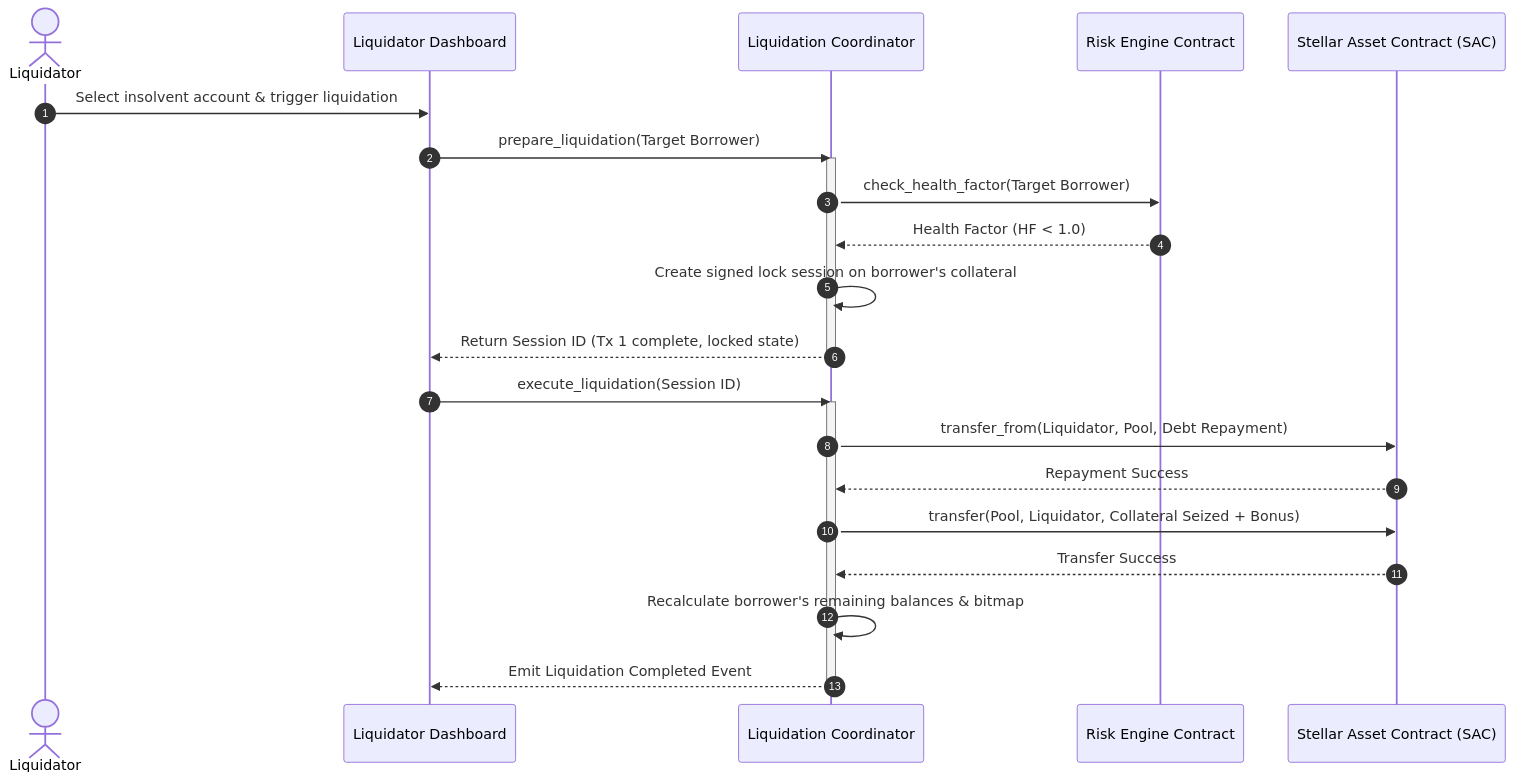
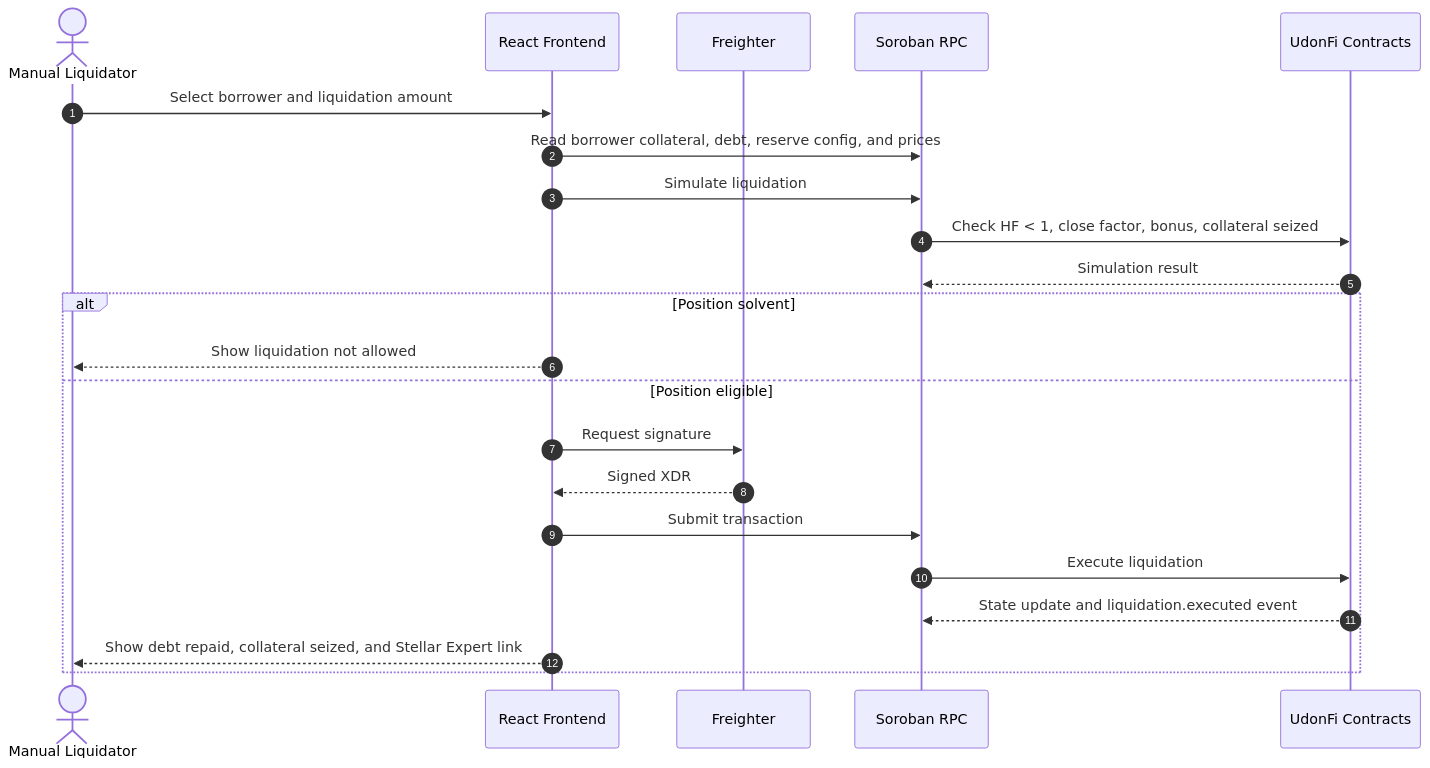
The fifth of 5 diagrams in docs/04-business-flows.md (TheAnh1404/UdonFi), drawn with Mermaid before and after one commit. The commit also changed other lines of this file and 191 other files, not shown here.

````diff
--- a/docs/04-business-flows.md
+++ b/docs/04-business-flows.md
@@ -153,28 +111,25 @@
 ```mermaid
 sequenceDiagram
     autonumber
-    actor Liq as Liquidator
-    participant UI as Liquidator Dashboard
-    participant Contracts as Liquidation Coordinator
-    participant Risk as Risk Engine Contract
-    participant Token as Stellar Asset Contract (SAC)
-    
-    Liq->>UI: Select insolvent account & trigger liquidation
-    UI->>Contracts: prepare_liquidation(Target Borrower)
-    activate Contracts
-    Contracts->>Risk: check_health_factor(Target Borrower)
-    Risk-->>Contracts: Health Factor (HF < 1.0)
-    Contracts->>Contracts: Create signed lock session on borrower's collateral
-    Contracts-->>UI: Return Session ID (Tx 1 complete, locked state)
-    deactivate Contracts
-    
-    UI->>Contracts: execute_liquidation(Session ID)
-    activate Contracts
-    Contracts->>Token: transfer_from(Liquidator, Pool, Debt Repayment)
-    Token-->>Contracts: Repayment Success
-    Contracts->>Token: transfer(Pool, Liquidator, Collateral Seized + Bonus)
-    Token-->>Contracts: Transfer Success
-    Contracts->>Contracts: Recalculate borrower's remaining balances & bitmap
-    Contracts-->>UI: Emit Liquidation Completed Event
-    deactivate Contracts
+    actor Liq as Manual Liquidator
+    participant UI as React Frontend
+    participant Wallet as Freighter
+    participant RPC as Soroban RPC
+    participant Contracts as UdonFi Contracts
+
+    Liq->>UI: Select borrower and liquidation amount
+    UI->>RPC: Read borrower collateral, debt, reserve config, and prices
+    UI->>RPC: Simulate liquidation
+    RPC->>Contracts: Check HF < 1, close factor, bonus, collateral seized
+    Contracts-->>RPC: Simulation result
+    alt Position solvent
+        UI-->>Liq: Show liquidation not allowed
+    else Position eligible
+        UI->>Wallet: Request signature
+        Wallet-->>UI: Signed XDR
+        UI->>RPC: Submit transaction
+        RPC->>Contracts: Execute liquidation
+        Contracts-->>RPC: State update and liquidation.executed event
+        UI-->>Liq: Show debt repaid, collateral seized, and Stellar Expert link
+    end
 ```
````
